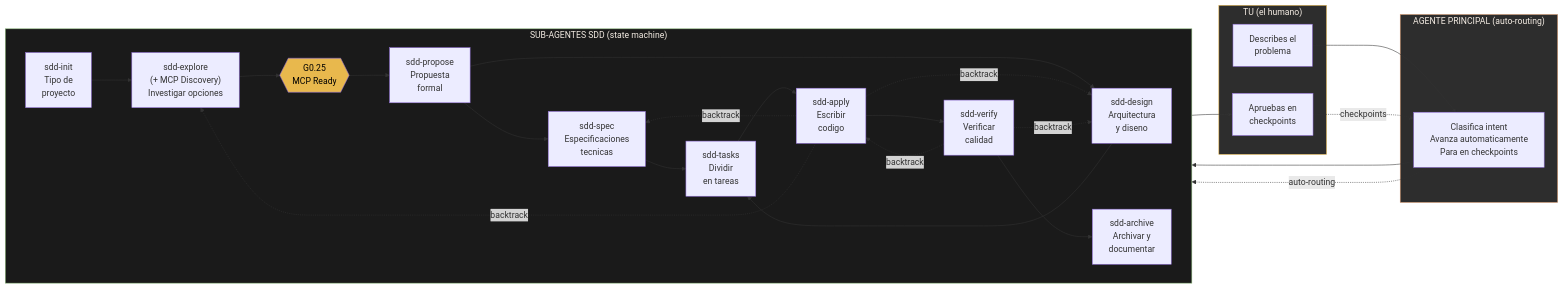
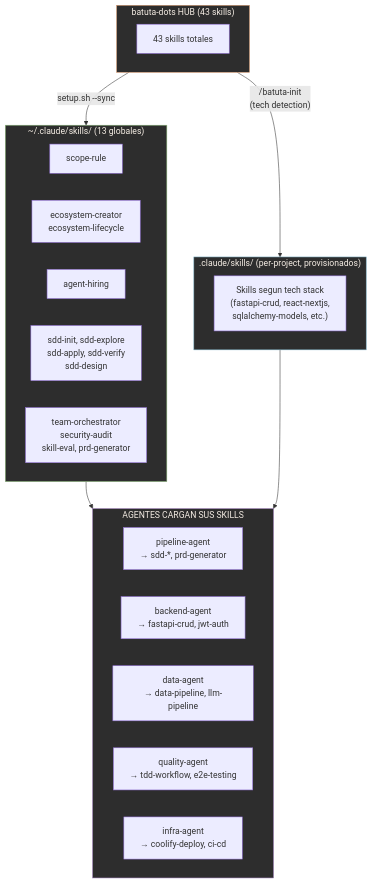
The fifth of 14 diagrams in docs/architecture/arquitectura-diagrama.md (jota-batuta/batuta-dots), drawn with Mermaid before and after one commit. The commit also changed other lines of this file and 120 other files, not shown here.

````diff
--- a/docs/architecture/arquitectura-diagrama.md
+++ b/docs/architecture/arquitectura-diagrama.md
@@ -308,48 +158,36 @@
 ```mermaid
-flowchart LR
-    subgraph USUARIO["TU (el humano)"]
-        U_DESCRIBE["Describes el<br/>problema"]
-        U_APRUEBA["Apruebas en<br/>checkpoints"]
+flowchart TD
+    subgraph HUB["batuta-dots HUB (43 skills)"]
+        ALL_SKILLS["43 skills totales"]
     end
 
-    subgraph ORQUESTADOR["AGENTE PRINCIPAL (auto-routing)"]
-        ORC["Clasifica intent<br/>Avanza automaticamente<br/>Para en checkpoints"]
+    subgraph GLOBAL["~/.claude/skills/ (13 globales)"]
+        G_SCOPE["scope-rule"]
+        G_ECO["ecosystem-creator<br/>ecosystem-lifecycle"]
+        G_HIRING["agent-hiring"]
+        G_SDD["sdd-init, sdd-explore<br/>sdd-apply, sdd-verify<br/>sdd-design"]
+        G_OTHER["team-orchestrator<br/>security-audit<br/>skill-eval, prd-generator"]
     end
 
-    subgraph PIPELINE["SUB-AGENTES SDD (state machine)"]
-        direction LR
-        INIT["sdd-init<br/>Tipo de<br/>proyecto"]
-        EXPLORE["sdd-explore<br/>(+ MCP Discovery)<br/>Investigar opciones"]
-        G025{{"G0.25<br/>MCP Ready"}}
-        PROPOSE["sdd-propose<br/>Propuesta<br/>formal"]
-        SPEC["sdd-spec<br/>Especificaciones<br/>tecnicas"]
-        DESIGN["sdd-design<br/>Arquitectura<br/>y diseno"]
-        TASKS["sdd-tasks<br/>Dividir<br/>en tareas"]
-        APPLY["sdd-apply<br/>Escribir<br/>codigo"]
-        VERIFY["sdd-verify<br/>Verificar<br/>calidad"]
-        ARCHIVE["sdd-archive<br/>Archivar y<br/>documentar"]
+    subgraph PROJECT[".claude/skills/ (per-project, provisionados)"]
+        P_TECH["Skills segun tech stack<br/>(fastapi-crud, react-nextjs,<br/>sqlalchemy-models, etc.)"]
     end
 
-    U_DESCRIBE --> ORC
-    ORC --> INIT --> EXPLORE --> G025 --> PROPOSE
-    PROPOSE --> SPEC
-    PROPOSE --> DESIGN
-    SPEC --> TASKS
-    DESIGN --> TASKS
-    TASKS --> APPLY --> VERIFY --> ARCHIVE
-    ARCHIVE --> U_APRUEBA
+    subgraph AGENTS["AGENTES CARGAN SUS SKILLS"]
+        A_PIPELINE["pipeline-agent<br/>→ sdd-*, prd-generator"]
+        A_BACKEND["backend-agent<br/>→ fastapi-crud, jwt-auth"]
+        A_DATA["data-agent<br/>→ data-pipeline, llm-pipeline"]
+        A_QUALITY["quality-agent<br/>→ tdd-workflow, e2e-testing"]
+        A_INFRA["infra-agent<br/>→ coolify-deploy, ci-cd"]
+    end
 
-    APPLY -.->|"backtrack"| SPEC
-    APPLY -.->|"backtrack"| DESIGN
-    APPLY -.->|"backtrack"| EXPLORE
-    VERIFY -.->|"backtrack"| DESIGN
-    VERIFY -.->|"backtrack"| APPLY
+    HUB -->|"setup.sh --sync"| GLOBAL
+    HUB -->|"/batuta-init<br/>(tech detection)"| PROJECT
+    GLOBAL --> AGENTS
+    PROJECT --> AGENTS
 
-    ORC -.->|"auto-routing"| PIPELINE
-    U_APRUEBA -.->|"checkpoints"| ORC
-
-    style USUARIO fill:#2d2d2d,stroke:#E8B84D,color:#F5EDE4
-    style ORQUESTADOR fill:#2d2d2d,stroke:#D4956A,color:#F5EDE4
-    style PIPELINE fill:#1a1a1a,stroke:#8BB87A,color:#F5EDE4
-    style G025 fill:#E8B84D,color:#000
+    style HUB fill:#2d2d2d,stroke:#D4956A,color:#F5EDE4
+    style GLOBAL fill:#2d2d2d,stroke:#8BB87A,color:#F5EDE4
+    style PROJECT fill:#2d2d2d,stroke:#7AAFC4,color:#F5EDE4
+    style AGENTS fill:#2d2d2d,stroke:#9B7AB8,color:#F5EDE4
 ```
````
